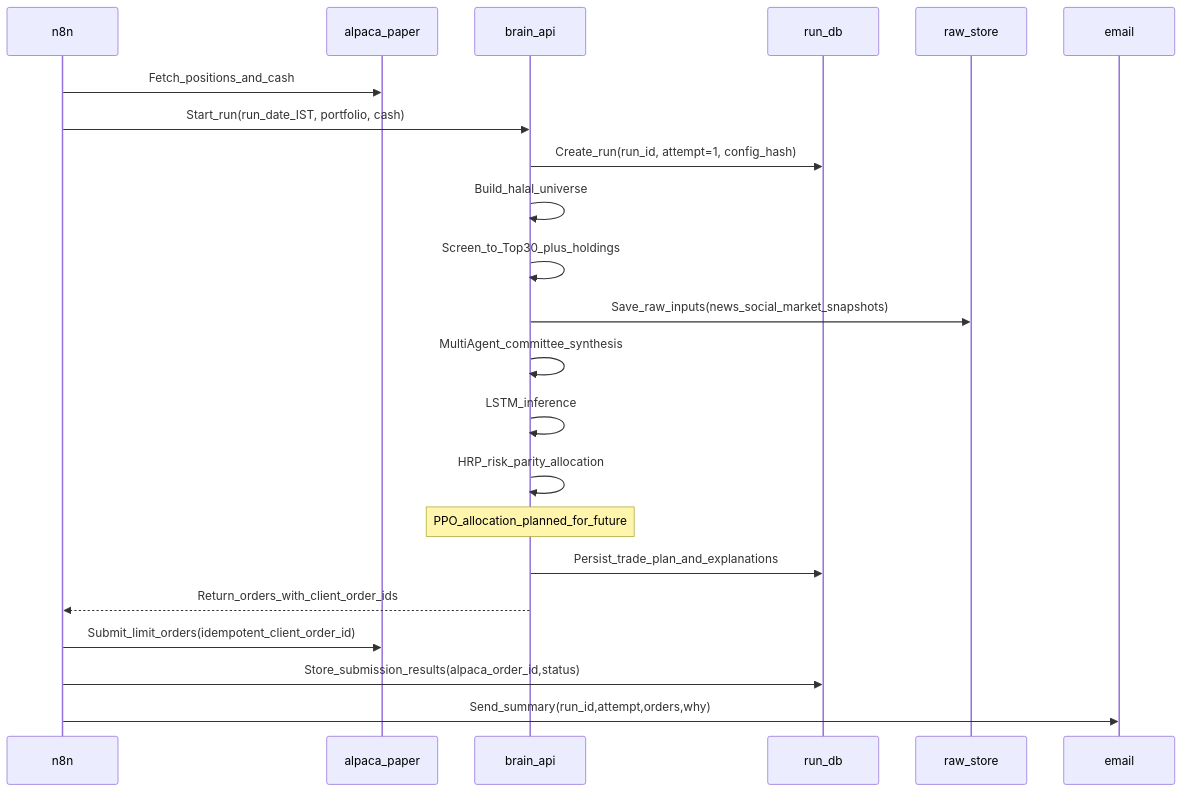
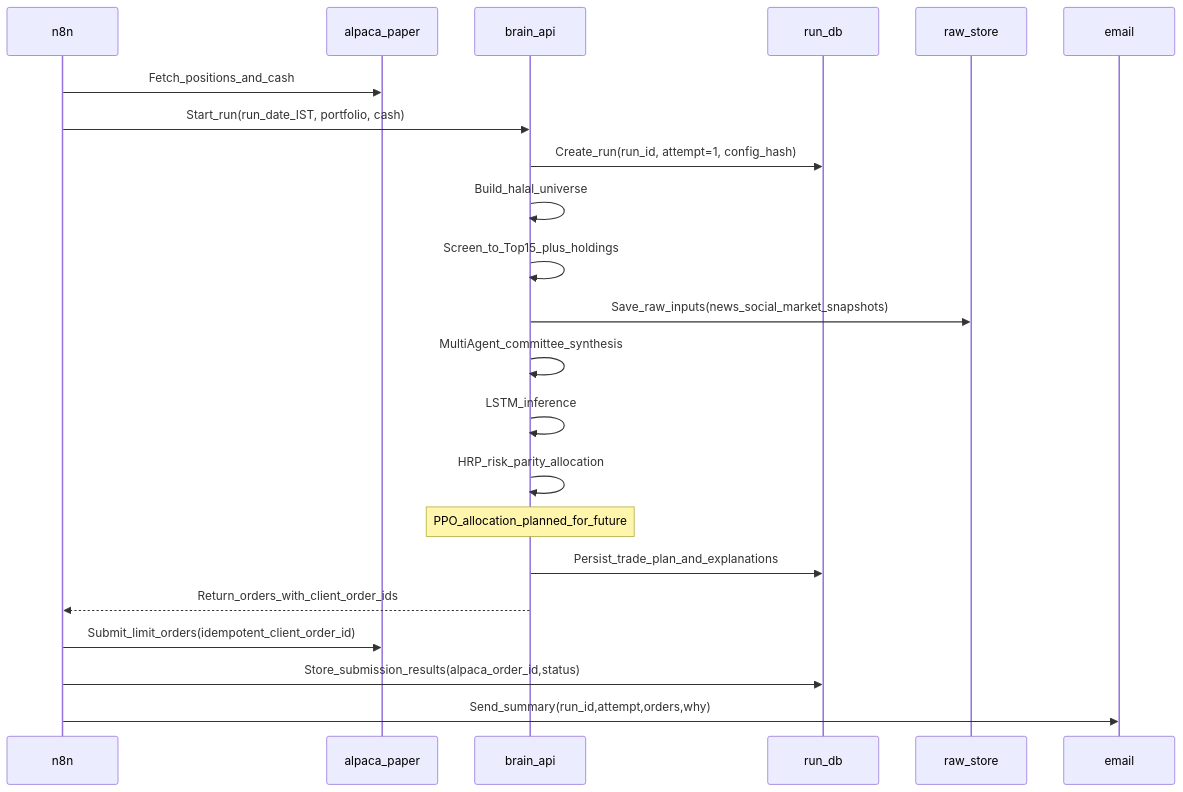
One commit to hajirazin/LearnFinance-2025 changed the second of 3 diagrams in README.md. Above: the diagram before and after it, drawn with Mermaid. The commit also changed other lines of this file and 31 other files, not shown here.

````diff
--- a/README.md
+++ b/README.md
@@ -115,25 +115,25 @@
 ```mermaid
 sequenceDiagram
   participant N8N as n8n
   participant Alpaca as alpaca_paper
   participant Brain as brain_api
   participant DB as run_db
   participant Raw as raw_store
   participant Email as email
 
   N8N->>Alpaca: Fetch_positions_and_cash
   N8N->>Brain: Start_run(run_date_IST, portfolio, cash)
   Brain->>DB: Create_run(run_id, attempt=1, config_hash)
   Brain->>Brain: Build_halal_universe
-  Brain->>Brain: Screen_to_Top30_plus_holdings
+  Brain->>Brain: Screen_to_Top15_plus_holdings
   Brain->>Raw: Save_raw_inputs(news_social_market_snapshots)
   Brain->>Brain: MultiAgent_committee_synthesis
   Brain->>Brain: LSTM_inference
   Brain->>Brain: HRP_risk_parity_allocation
   Note over Brain: PPO_allocation_planned_for_future
   Brain->>DB: Persist_trade_plan_and_explanations
   Brain-->>N8N: Return_orders_with_client_order_ids
   N8N->>Alpaca: Submit_limit_orders(idempotent_client_order_id)
   N8N->>DB: Store_submission_results(alpaca_order_id,status)
   N8N->>Email: Send_summary(run_id,attempt,orders,why)
 ```
````
